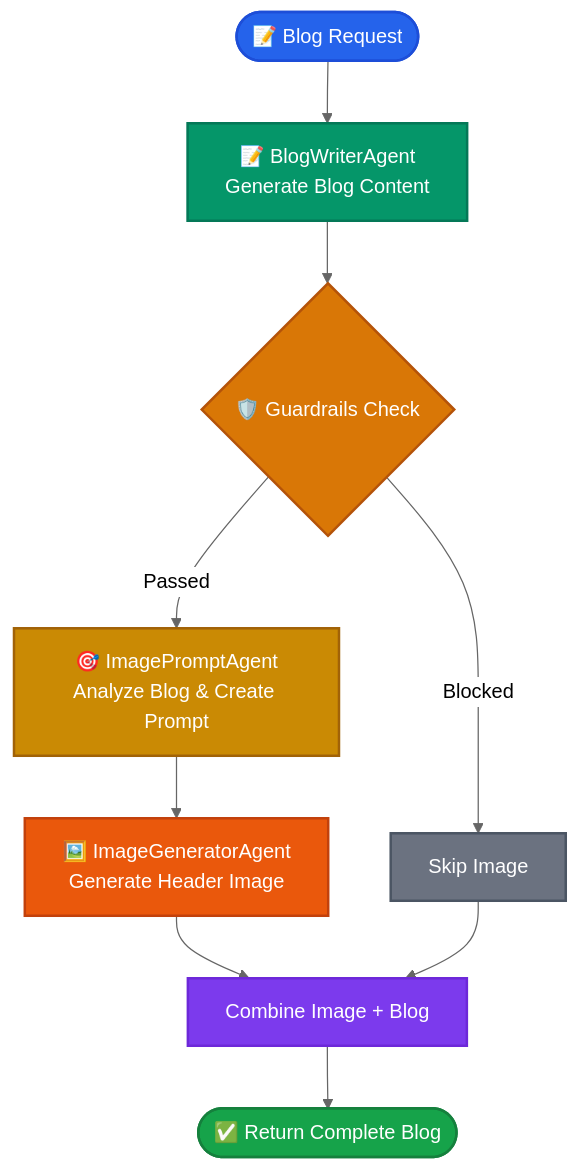
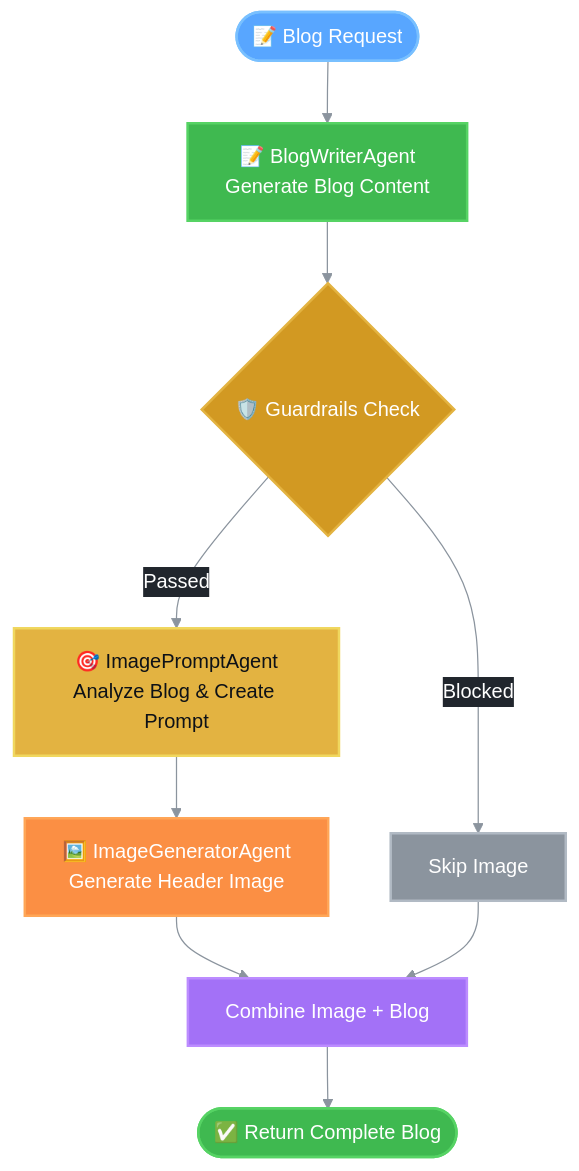
Before and after one commit to jayanthanantharaman/reach: the second of 3 diagrams in docs/langgraph_flowchart.md, drawn with Mermaid. The commit also changed other lines of this file and 10 other files, not shown here.

Commit message:
REACH - Update mermaid diagrams

````diff
--- a/docs/langgraph_flowchart.md
+++ b/docs/langgraph_flowchart.md
@@ -129,21 +129,21 @@
 ```mermaid
-%%{init: {'theme': 'neutral'}}%%
+%%{init: {'theme': 'base', 'themeVariables': { 'primaryColor': '#58a6ff', 'primaryTextColor': '#ffffff', 'primaryBorderColor': '#58a6ff', 'lineColor': '#8b949e', 'secondaryColor': '#21262d', 'tertiaryColor': '#161b22', 'background': '#0d1117'}}}%%
 flowchart TD
     START([📝 Blog Request]) --> WRITE[📝 BlogWriterAgent<br/>Generate Blog Content]
     WRITE --> CHECK{🛡️ Guardrails Check}
     CHECK -->|Blocked| SKIP[Skip Image]
     CHECK -->|Passed| PROMPT[🎯 ImagePromptAgent<br/>Analyze Blog & Create Prompt]
     PROMPT --> GENERATE[🖼️ ImageGeneratorAgent<br/>Generate Header Image]
     GENERATE --> COMBINE[Combine Image + Blog]
     SKIP --> COMBINE
     COMBINE --> RETURN([✅ Return Complete Blog])
     
-    style START fill:#2563eb,stroke:#1d4ed8,stroke-width:2px,color:#fff
-    style WRITE fill:#059669,stroke:#047857,stroke-width:2px,color:#fff
-    style CHECK fill:#d97706,stroke:#b45309,stroke-width:2px,color:#fff
-    style SKIP fill:#6b7280,stroke:#4b5563,stroke-width:2px,color:#fff
-    style PROMPT fill:#ca8a04,stroke:#a16207,stroke-width:2px,color:#fff
-    style GENERATE fill:#ea580c,stroke:#c2410c,stroke-width:2px,color:#fff
-    style COMBINE fill:#7c3aed,stroke:#6d28d9,stroke-width:2px,color:#fff
-    style RETURN fill:#16a34a,stroke:#15803d,stroke-width:2px,color:#fff
+    style START fill:#58a6ff,stroke:#79c0ff,stroke-width:2px,color:#ffffff
+    style WRITE fill:#3fb950,stroke:#56d364,stroke-width:2px,color:#ffffff
+    style CHECK fill:#d29922,stroke:#e3b341,stroke-width:2px,color:#ffffff
+    style SKIP fill:#8b949e,stroke:#b1bac4,stroke-width:2px,color:#ffffff
+    style PROMPT fill:#e3b341,stroke:#f0d75e,stroke-width:2px,color:#0d1117
+    style GENERATE fill:#fb8f44,stroke:#ffa657,stroke-width:2px,color:#ffffff
+    style COMBINE fill:#a371f7,stroke:#bc8cff,stroke-width:2px,color:#ffffff
+    style RETURN fill:#3fb950,stroke:#56d364,stroke-width:2px,color:#ffffff
 ```
````
